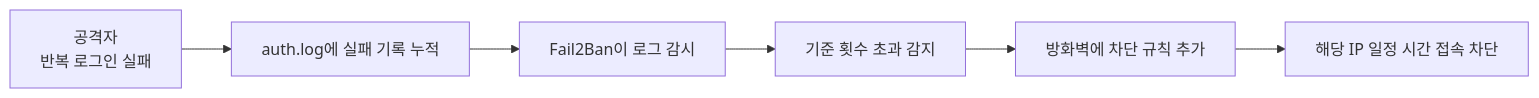
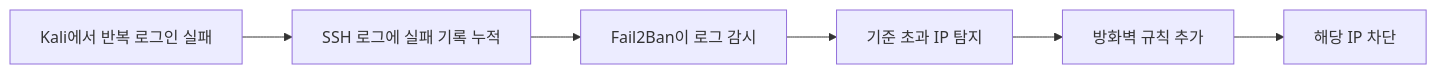
One commit to sbaek100/sbaek100.github.io changed the first of 2 diagrams in _posts/2026-03-26-SecuritySystem-6-3.md. Above: the diagram before and after it, drawn with Mermaid. The commit also changed other lines of this file and 2 other files, not shown here.

Commit message:
Revise SSH security lecture series

````diff
--- a/_posts/2026-03-26-SecuritySystem-6-3.md
+++ b/_posts/2026-03-26-SecuritySystem-6-3.md
@@ -42,8 +49,8 @@
 ```mermaid
 flowchart LR
-    A["공격자<br/>반복 로그인 실패"] --> B["auth.log에 실패 기록 누적"]
+    A["Kali에서 반복 로그인 실패"] --> B["SSH 로그에 실패 기록 누적"]
     B --> C["Fail2Ban이 로그 감시"]
-    C --> D["기준 횟수 초과 감지"]
-    D --> E["방화벽에 차단 규칙 추가"]
-    E --> F["해당 IP 일정 시간 접속 차단"]
+    C --> D["기준 초과 IP 탐지"]
+    D --> E["방화벽 규칙 추가"]
+    E --> F["해당 IP 차단"]
 ```
````
